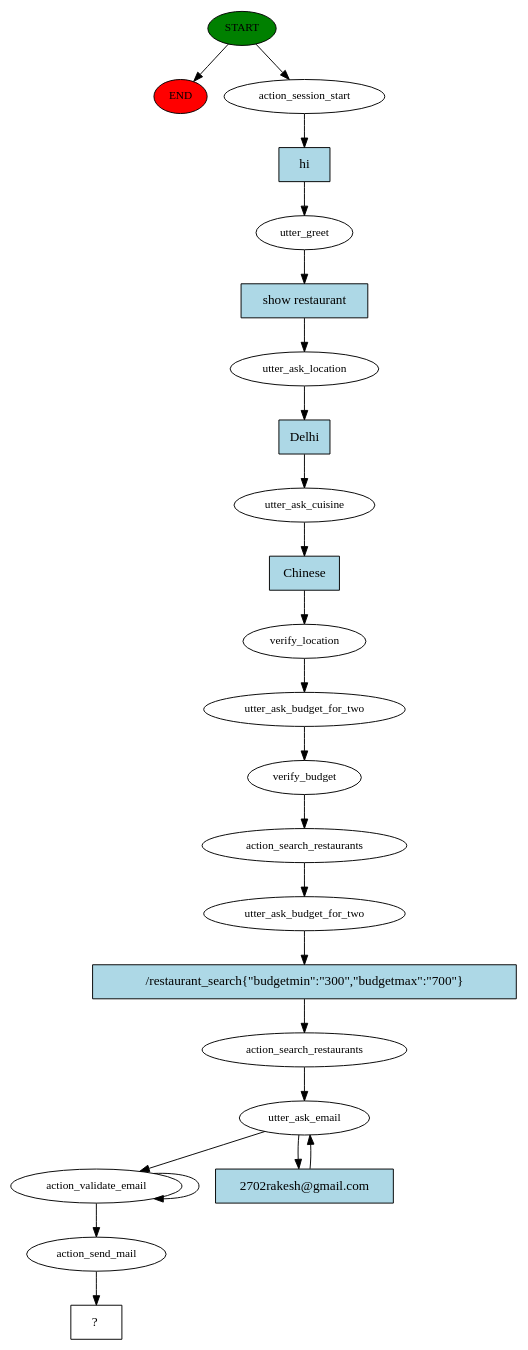
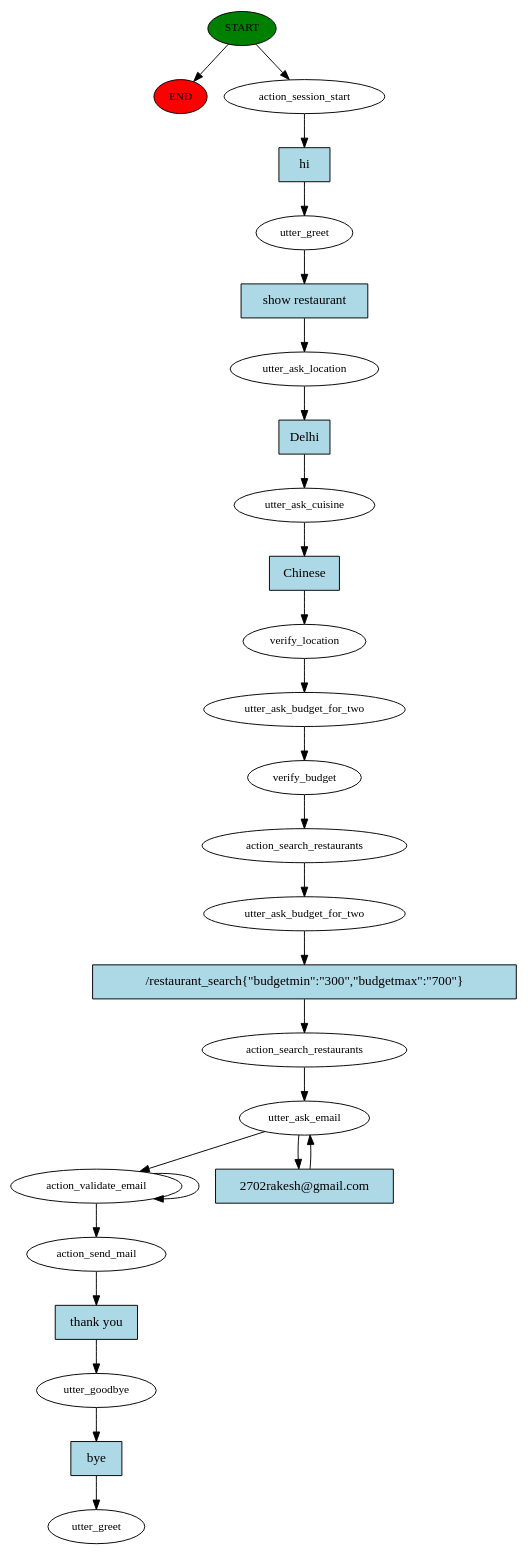
Before and after one commit to RakeshKumar045/Restaurant_Rasa_Chatbot_Python: the diagram in story_graph.dot, drawn with Graphviz. The commit also changed 3 other files, not shown here.

```diff
--- a/story_graph.dot
+++ b/story_graph.dot
@@ -1,47 +1,53 @@
 digraph  {
 0 [class="start active", fillcolor=green, fontsize=12, label=START, style=filled];
 "-1" [class=end, fillcolor=red, fontsize=12, label=END, style=filled];
 1 [class=active, fontsize=12, label=action_session_start];
 2 [class=active, fontsize=12, label=utter_greet];
 3 [class=active, fontsize=12, label=utter_ask_location];
 4 [class=active, fontsize=12, label=utter_ask_cuisine];
 5 [class=active, fontsize=12, label=verify_location];
 6 [class=active, fontsize=12, label=utter_ask_budget_for_two];
 7 [class=active, fontsize=12, label=verify_budget];
 8 [class=active, fontsize=12, label=action_search_restaurants];
 9 [class=active, fontsize=12, label=utter_ask_budget_for_two];
 10 [class=active, fontsize=12, label=action_search_restaurants];
 11 [class=active, fontsize=12, label=utter_ask_email];
 13 [class=active, fontsize=12, label=action_validate_email];
 15 [class=active, fontsize=12, label=action_send_mail];
-16 [class="intent dashed active", label="  ?  ", shape=rect];
-17 [class="intent active", fillcolor=lightblue, label=hi, shape=rect, style=filled];
-18 [class="intent active", fillcolor=lightblue, label="show restaurant", shape=rect, style=filled];
-19 [class="intent active", fillcolor=lightblue, label=Delhi, shape=rect, style=filled];
-20 [class="intent active", fillcolor=lightblue, label=Chinese, shape=rect, style=filled];
-21 [class="intent active", fillcolor=lightblue, label="/restaurant_search{\"budgetmin\":\"300\",\"budgetmax\":\"700\"}", shape=rect, style=filled];
-22 [class="intent active", fillcolor=lightblue, label="2702rakesh@gmail.com", shape=rect, style=filled];
+16 [class=active, fontsize=12, label=utter_goodbye];
+17 [class="dashed active", fontsize=12, label=utter_greet];
+18 [class="intent active", fillcolor=lightblue, label=hi, shape=rect, style=filled];
+19 [class="intent active", fillcolor=lightblue, label="show restaurant", shape=rect, style=filled];
+20 [class="intent active", fillcolor=lightblue, label=Delhi, shape=rect, style=filled];
+21 [class="intent active", fillcolor=lightblue, label=Chinese, shape=rect, style=filled];
+22 [class="intent active", fillcolor=lightblue, label="/restaurant_search{\"budgetmin\":\"300\",\"budgetmax\":\"700\"}", shape=rect, style=filled];
+23 [class="intent active", fillcolor=lightblue, label="2702rakesh@gmail.com", shape=rect, style=filled];
+24 [class="intent active", fillcolor=lightblue, label="thank you", shape=rect, style=filled];
+25 [class="intent active", fillcolor=lightblue, label=bye, shape=rect, style=filled];
 0 -> "-1"  [class="", key=NONE, label=""];
 0 -> 1  [class=active, key=NONE, label=""];
-1 -> 17  [class=active, key=0];
-2 -> 18  [class=active, key=0];
-3 -> 19  [class=active, key=0];
-4 -> 20  [class=active, key=0];
+1 -> 18  [class=active, key=0];
+2 -> 19  [class=active, key=0];
+3 -> 20  [class=active, key=0];
+4 -> 21  [class=active, key=0];
 5 -> 6  [class=active, key=NONE, label=""];
 6 -> 7  [class=active, key=NONE, label=""];
 7 -> 8  [class=active, key=NONE, label=""];
 8 -> 9  [class=active, key=NONE, label=""];
-9 -> 21  [class=active, key=0];
+9 -> 22  [class=active, key=0];
 10 -> 11  [class=active, key=NONE, label=""];
 11 -> 13  [class=active, key=NONE, label=""];
-11 -> 22  [class=active, key=0];
+11 -> 23  [class=active, key=0];
 13 -> 15  [class=active, key=NONE, label=""];
 13 -> 13  [class=active, key=NONE, label=""];
-15 -> 16  [class=active, key=NONE, label=""];
-17 -> 2  [class=active, key=0];
-18 -> 3  [class=active, key=0];
-19 -> 4  [class=active, key=0];
-20 -> 5  [class=active, key=0];
-21 -> 10  [class=active, key=0];
-22 -> 11  [class=active, key=0];
+15 -> 24  [class=active, key=0];
+16 -> 25  [class=active, key=0];
+18 -> 2  [class=active, key=0];
+19 -> 3  [class=active, key=0];
+20 -> 4  [class=active, key=0];
+21 -> 5  [class=active, key=0];
+22 -> 10  [class=active, key=0];
+23 -> 11  [class=active, key=0];
+24 -> 16  [class=active, key=0];
+25 -> 17  [class=active, key=0];
 }
```
